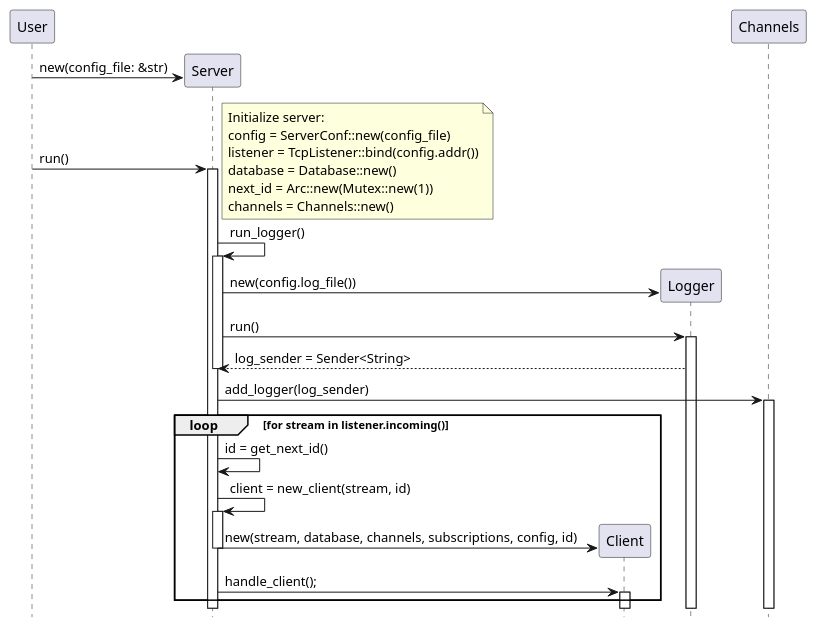
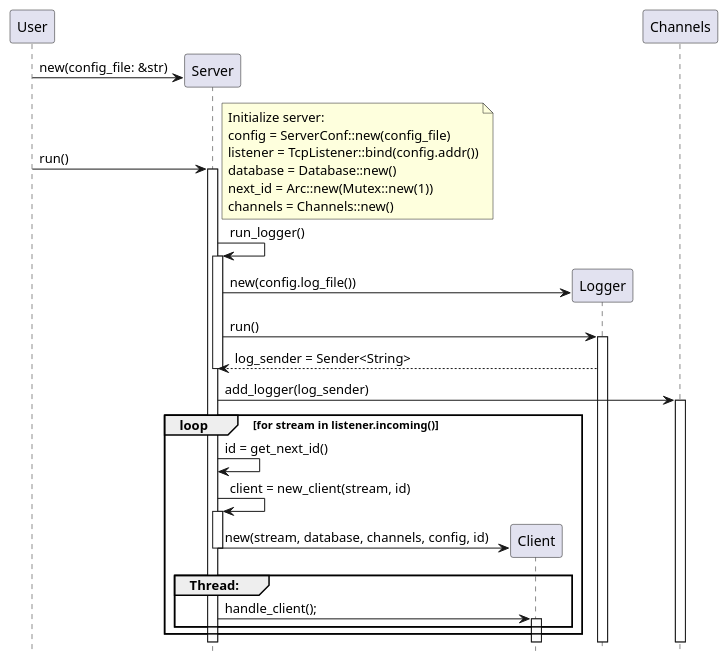
One commit to taller-1-fiuba-rust/21C1-OxidadosFC changed the diagram in src/Diagramas/start_redis.puml. Above: the diagram before and after it, drawn with PlantUML. The commit also changed 2 other files, not shown here.

Commit message:
start_redis diagram done

```diff
--- a/src/Diagramas/start_redis.puml
+++ b/src/Diagramas/start_redis.puml
@@ -1,31 +1,33 @@
 @startuml start_redis
 hide footbox
 participant User order 10
 participant Server order 20
 participant Client order 30
 participant Logger order 40
 participant Channels order 50
 
 create Server
 User -> Server: new(config_file: &str)
 User -> Server ++: run()
 note right: Initialize server:\nconfig = ServerConf::new(config_file)\nlistener = TcpListener::bind(config.addr())\ndatabase = Database::new()\nnext_id = Arc::new(Mutex::new(1))\nchannels = Channels::new()
 
 Server -> Server ++: run_logger()
 create Logger
 Server -> Logger : new(config.log_file())
 Server -> Logger ++: run()
 Logger --> Server: log_sender = Sender<String>
 deactivate Server
 
 Server -> Channels ++: add_logger(log_sender)
     loop for stream in listener.incoming()
         Server -> Server: id = get_next_id()
         Server -> Server ++: client = new_client(stream, id)
         create Client
-        Server -> Client : new(stream, database, channels, subscriptions, config, id)
+        Server -> Client : new(stream, database, channels, config, id)
         deactivate Server
-        Server -> Client ++: handle_client();
+        group Thread:
+            Server -> Client ++: handle_client();
+        end
     end
 
 @enduml
```
